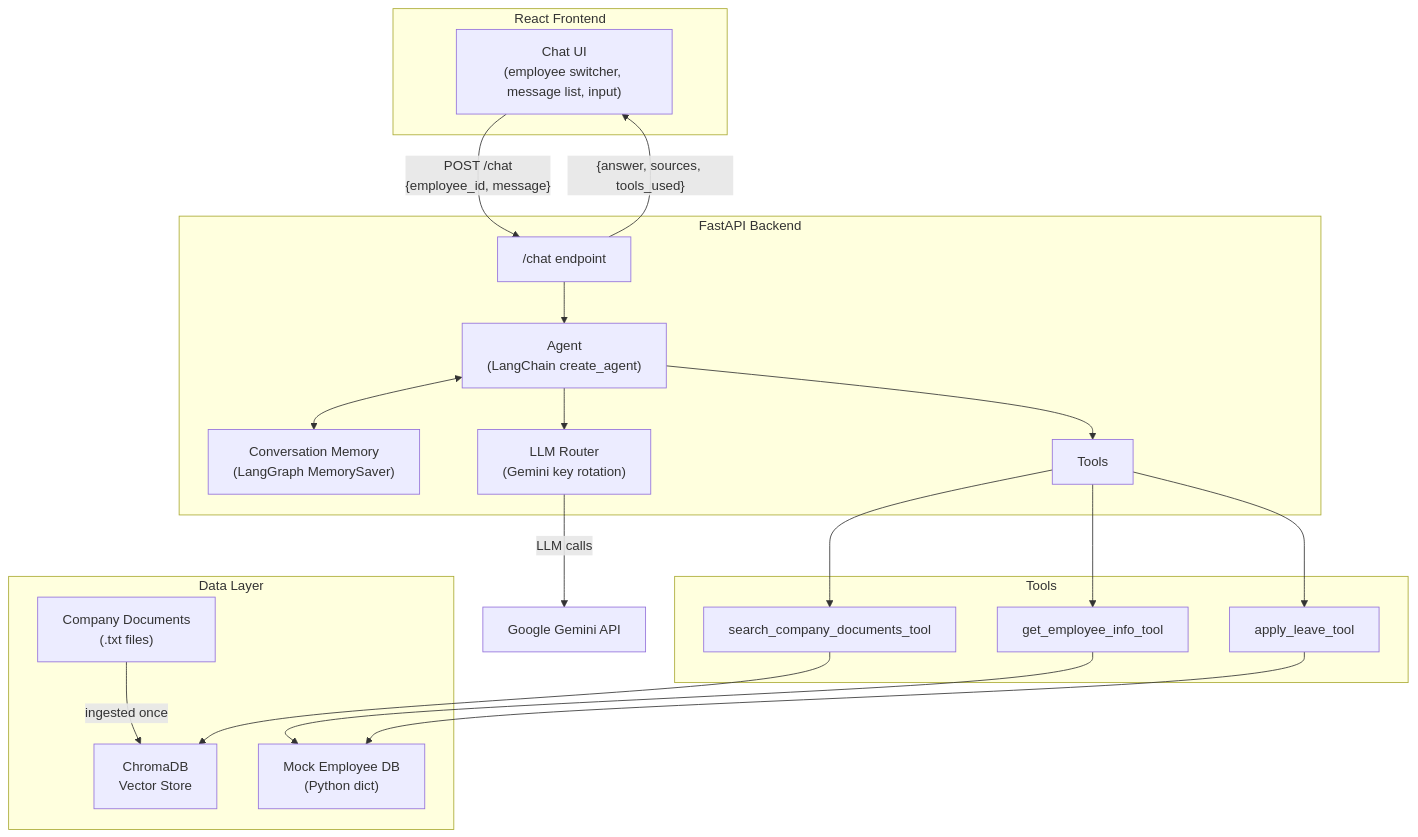
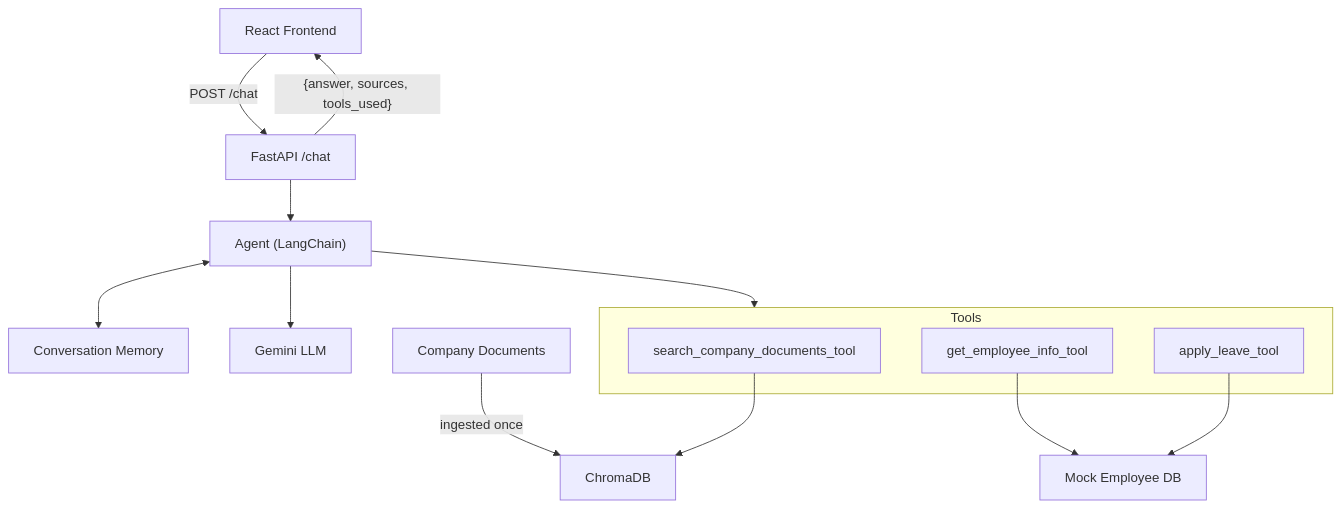
Before and after one commit to chaitanya-link/Enwidth-ai-employee-assistant: the diagram in README.md, drawn with Mermaid. The commit also changed other lines of this file and 1 other file, not shown here.

````diff
--- a/README.md
+++ b/README.md
@@ -65,41 +22,18 @@
 ```mermaid
 flowchart TB
-    subgraph Frontend["React Frontend"]
-        UI["Chat UI<br/>(employee switcher, message list, input)"]
-    end
-
-    subgraph Backend["FastAPI Backend"]
-        API["/chat endpoint"]
-        Agent["Agent<br/>(LangChain create_agent)"]
-        Memory["Conversation Memory<br/>(LangGraph MemorySaver)"]
-        Router["LLM Router<br/>(Gemini key rotation)"]
-        Tools["Tools"]
-    end
-
-    subgraph ToolLayer["Tools"]
+    UI["React Frontend"] -->|"POST /chat"| API["FastAPI /chat"]
+    API --> Agent["Agent (LangChain)"]
+    Agent <--> Memory["Conversation Memory"]
+    Agent --> Tools
+    subgraph Tools
         T1["search_company_documents_tool"]
         T2["get_employee_info_tool"]
         T3["apply_leave_tool"]
     end
-
-    subgraph Data["Data Layer"]
-        Docs["Company Documents<br/>(.txt files)"]
-        VDB["ChromaDB<br/>Vector Store"]
-        EmpDB["Mock Employee DB<br/>(Python dict)"]
-    end
-
-    UI -->|"POST /chat<br/>{employee_id, message}"| API
-    API --> Agent
-    Agent <--> Memory
-    Agent --> Router
-    Router -->|LLM calls| Gemini["Google Gemini API"]
-    Agent --> Tools
-    Tools --> T1
-    Tools --> T2
-    Tools --> T3
-    T1 --> VDB
-    T2 --> EmpDB
+    T1 --> VDB["ChromaDB"]
+    T2 --> EmpDB["Mock Employee DB"]
     T3 --> EmpDB
-    Docs -->|ingested once| VDB
+    Docs["Company Documents"] -->|"ingested once"| VDB
+    Agent --> Gemini["Gemini LLM"]
     API -->|"{answer, sources, tools_used}"| UI
 ```
````
